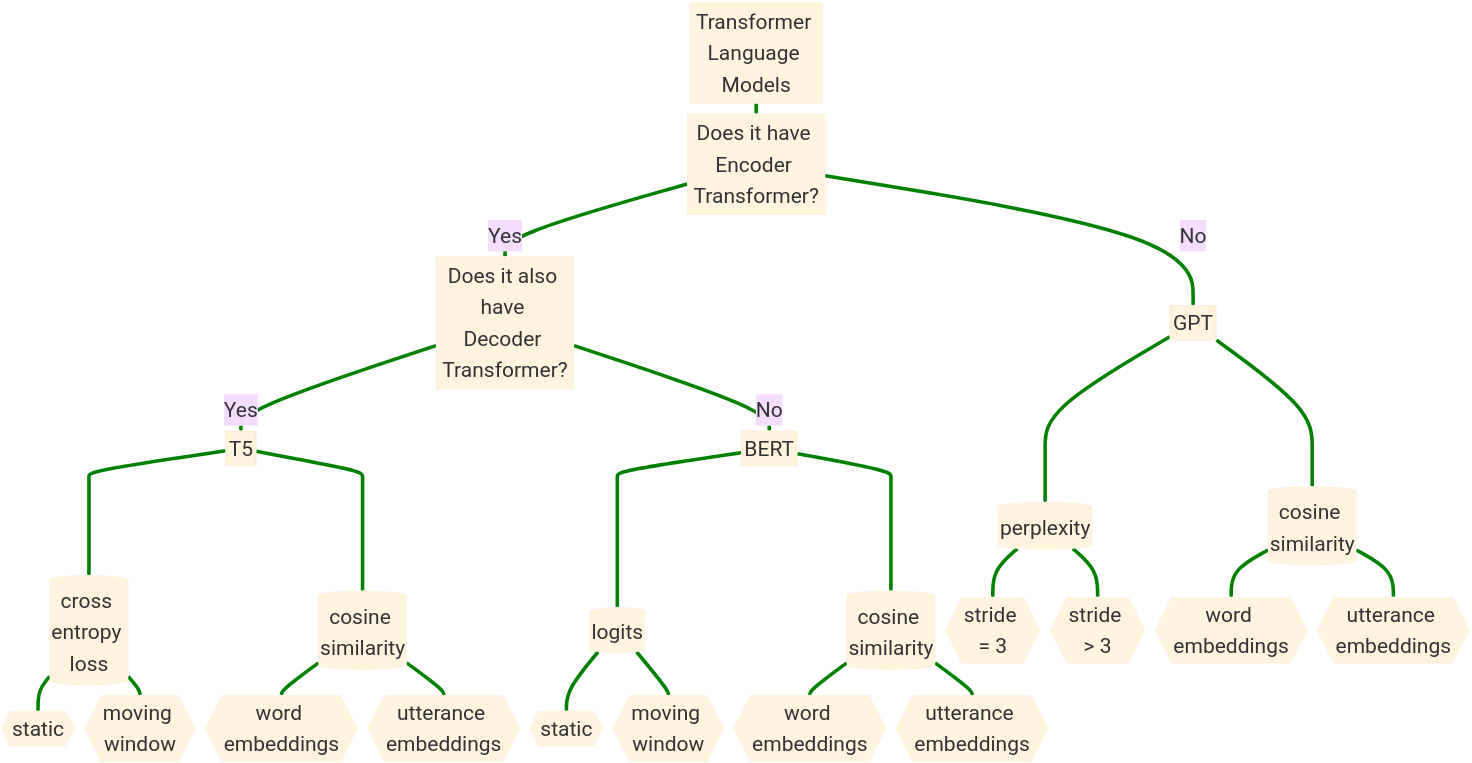
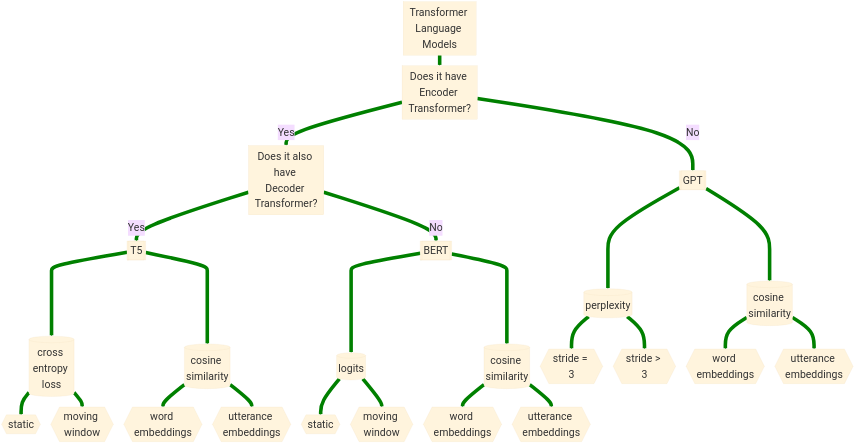
The second of 2 diagrams in README.md (yancong222/SSD-LM-STanglab), drawn with Mermaid before and after one commit.

````diff
--- a/README.md
+++ b/README.md
@@ -73,60 +73,60 @@
 ```mermaid
-%%{init: {'theme': 'base', 'themeVariables': { 'fontSize': '100px'}}}%%
+%%{init: {'theme': 'base', 'themeVariables': { 'fontSize': '50px'}}}%%
 flowchart TD
     A[Transformer Language Models] ==> B[Does it have Encoder Transformer?]
     B == Yes ==> C[Does it also have Decoder Transformer?]
     C == Yes ==> D[[T5]] ====> G[(cross entropy loss)]
     G ==> J{{static}}
     G ==> K{{moving window}}
     D ====> P[(cosine similarity)]
     P ==> Q{{word embeddings}}
     P ==> R{{utterance embeddings}}
     C == No ==> E[[BERT]] ====> H[(logits)]
     H ==> L{{static}}
     H ==> M{{moving window}}
     E ====> S[(cosine similarity)]
     S ==> T{{word embeddings}}
     S ==> U{{utterance embeddings}}
     B == No ==> F[[GPT]] ====> I[(perplexity)]
     I ==> N{{stride = 3}}
     I ==> O{{stride > 3}}
     F ====> V[(cosine similarity)]
     V ==> W{{word embeddings}}
     V ==> X{{utterance embeddings}}
     
     click G href "https://github.com/yancong222/SSD-LM-STanglab/tree/main/SSD-T5/cross%20entropy%20loss" "Open this in a new tab" _blank
     click P href "https://github.com/yancong222/SSD-LM-STanglab/tree/main/SSD-T5/cosine%20similarity" "Open this in a new tab" _blank
     click H href "https://github.com/yancong222/SSD-LM-STanglab/tree/main/SSD-BERT/logits" "Open this in a new tab" _blank
     click S href "https://github.com/yancong222/SSD-LM-STanglab/tree/main/SSD-BERT/cosine%20similarity" "Open this in a new tab" _blank
     click I href "https://github.com/yancong222/SSD-LM-STanglab/tree/main/SSD-GPT/perplexity" "Open this in a new tab" _blank
     click V href "https://github.com/yancong222/SSD-LM-STanglab/tree/main/SSD-GPT/cosine%20similarity" "Open this in a new tab" _blank
     
     click D href "https://github.com/yancong222/SSD-LM-STanglab/tree/main/SSD-T5" "Open this in a new tab" _blank
     click E href "https://github.com/yancong222/SSD-LM-STanglab/tree/main/SSD-BERT" "Open this in a new tab" _blank
     click F href "https://github.com/yancong222/SSD-LM-STanglab/tree/main/SSD-GPT" "Open this in a new tab" _blank
     
     linkStyle 0 stroke-width:17px,fill:none,stroke:green;
     linkStyle 1 stroke-width:17px,fill:none,stroke:green;
     linkStyle 2 stroke-width:17px,fill:none,stroke:green;
     linkStyle 3 stroke-width:17px,fill:none,stroke:green;
     linkStyle 4 stroke-width:17px,fill:none,stroke:green;
     linkStyle 5 stroke-width:17px,fill:none,stroke:green;
     linkStyle 6 stroke-width:17px,fill:none,stroke:green;
     linkStyle 7 stroke-width:17px,fill:none,stroke:green;
     linkStyle 8 stroke-width:17px,fill:none,stroke:green;
     linkStyle 9 stroke-width:17px,fill:none,stroke:green;
     linkStyle 10 stroke-width:17px,fill:none,stroke:green;
     linkStyle 11 stroke-width:17px,fill:none,stroke:green;
     linkStyle 12 stroke-width:17px,fill:none,stroke:green;
     linkStyle 13 stroke-width:17px,fill:none,stroke:green;
     linkStyle 14 stroke-width:17px,fill:none,stroke:green;
     linkStyle 15 stroke-width:17px,fill:none,stroke:green;
     linkStyle 16 stroke-width:17px,fill:none,stroke:green;
     linkStyle 17 stroke-width:17px,fill:none,stroke:green;
     linkStyle 18 stroke-width:17px,fill:none,stroke:green;
     linkStyle 19 stroke-width:17px,fill:none,stroke:green;
     linkStyle 20 stroke-width:17px,fill:none,stroke:green;
     linkStyle 21 stroke-width:17px,fill:none,stroke:green;
     linkStyle 22 stroke-width:17px,fill:none,stroke:green;
     
 ```
````
